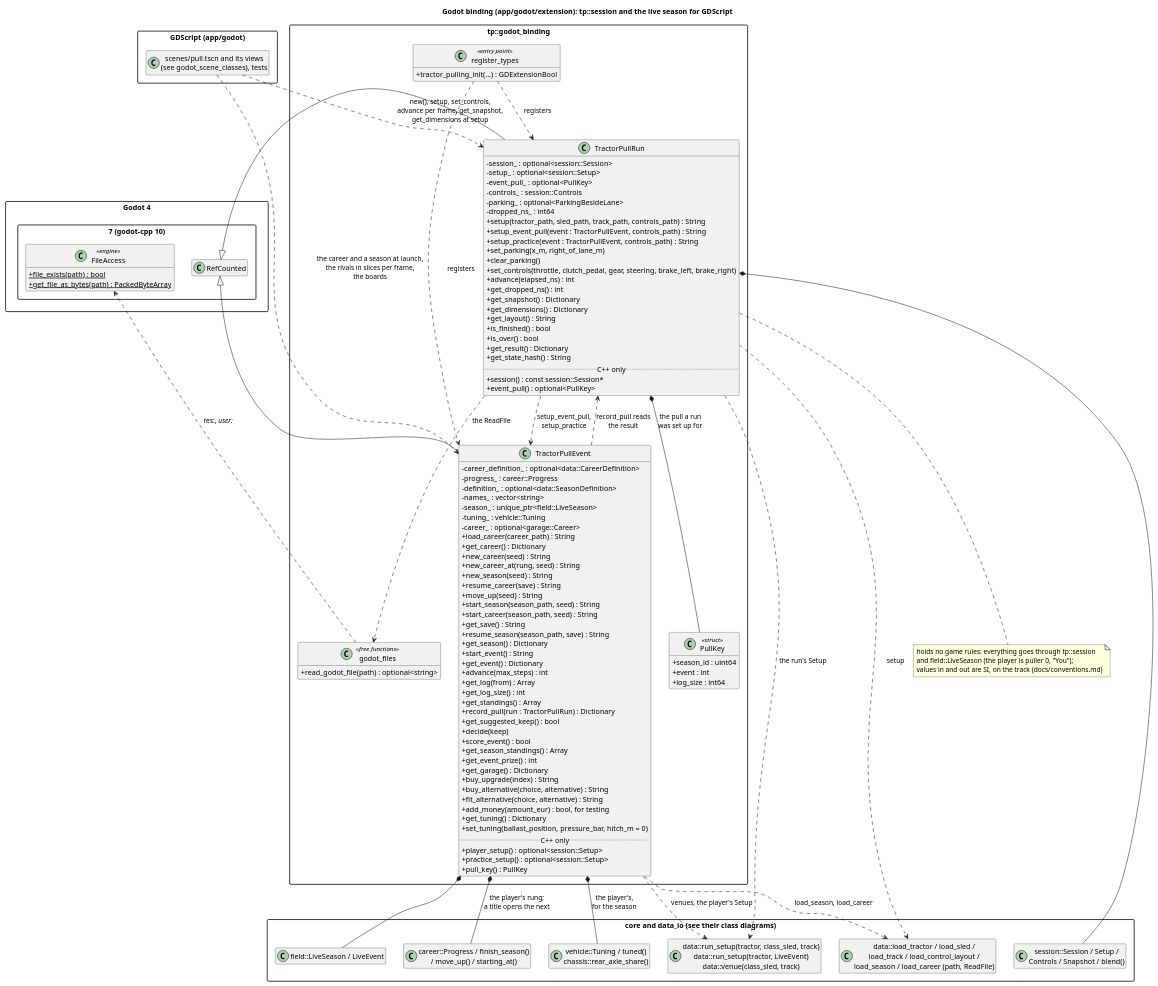
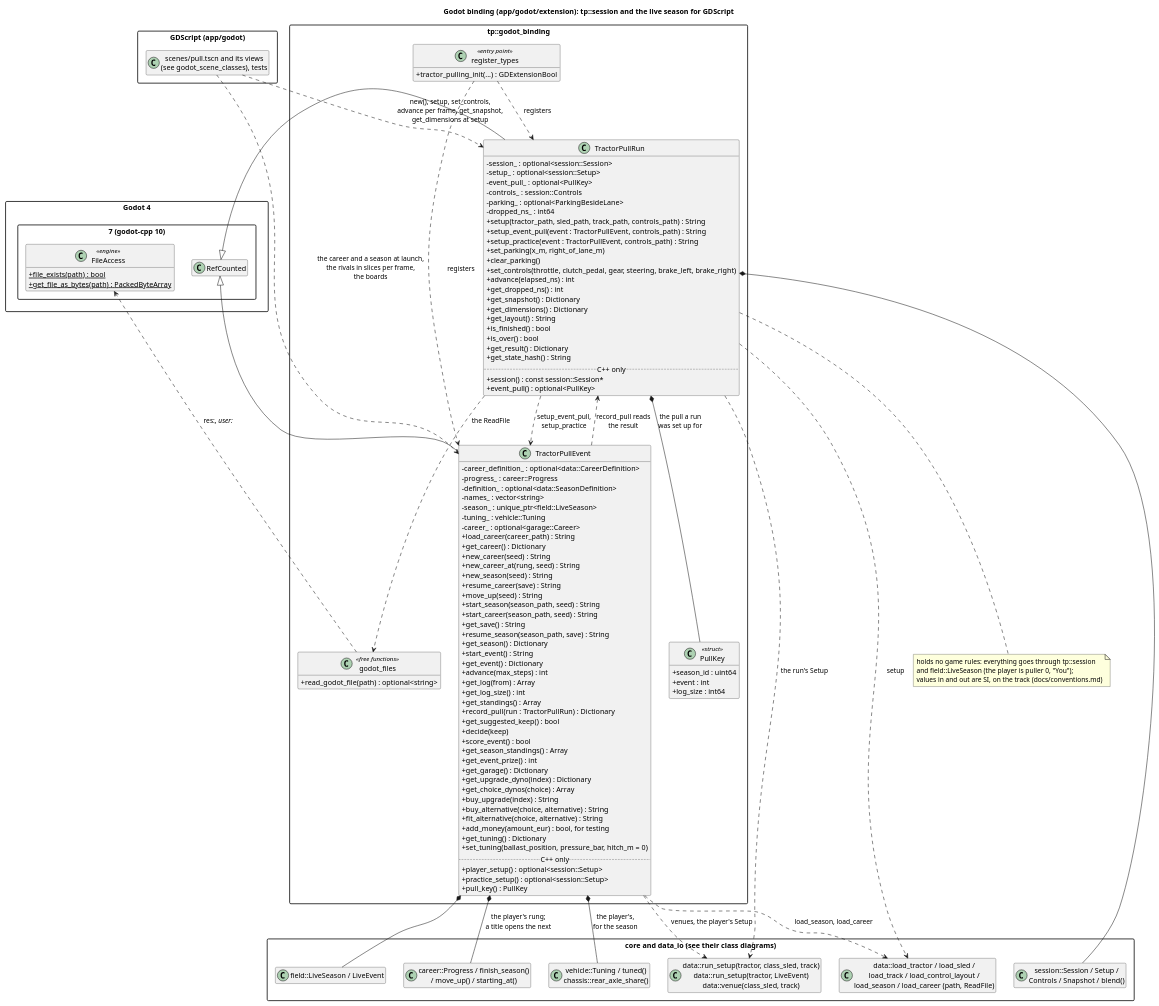
The diagram in docs/diagrams/godot_classes.puml (wversteeg/TractorPulling), drawn with PlantUML before and after one commit. The commit also changed 39 other files, not shown here.

```diff
--- a/docs/diagrams/godot_classes.puml
+++ b/docs/diagrams/godot_classes.puml
@@ -1,136 +1,138 @@
 @startuml godot_classes
 title Godot binding (app/godot/extension): tp::session and the live season for GDScript
 hide empty members
 skinparam packageStyle rectangle
 skinparam classAttributeIconSize 0
 
 package "Godot 4.7 (godot-cpp 10)" {
   class RefCounted
   class FileAccess <<engine>> {
     +{static} file_exists(path) : bool
     +{static} get_file_as_bytes(path) : PackedByteArray
   }
 }
 
 package "tp::godot_binding" {
   class TractorPullRun {
     -session_ : optional<session::Session>
     -setup_ : optional<session::Setup>
     -event_pull_ : optional<PullKey>
     -controls_ : session::Controls
     -parking_ : optional<ParkingBesideLane>
     -dropped_ns_ : int64
     +setup(tractor_path, sled_path, track_path, controls_path) : String
     +setup_event_pull(event : TractorPullEvent, controls_path) : String
     +setup_practice(event : TractorPullEvent, controls_path) : String
     +set_parking(x_m, right_of_lane_m)
     +clear_parking()
     +set_controls(throttle, clutch_pedal, gear, steering, brake_left, brake_right)
     +advance(elapsed_ns) : int
     +get_dropped_ns() : int
     +get_snapshot() : Dictionary
     +get_dimensions() : Dictionary
     +get_layout() : String
     +is_finished() : bool
     +is_over() : bool
     +get_result() : Dictionary
     +get_state_hash() : String
     ..C++ only..
     +session() : const session::Session*
     +event_pull() : optional<PullKey>
   }
   class TractorPullEvent {
     -career_definition_ : optional<data::CareerDefinition>
     -progress_ : career::Progress
     -definition_ : optional<data::SeasonDefinition>
     -names_ : vector<string>
     -season_ : unique_ptr<field::LiveSeason>
     -tuning_ : vehicle::Tuning
     -career_ : optional<garage::Career>
     +load_career(career_path) : String
     +get_career() : Dictionary
     +new_career(seed) : String
     +new_career_at(rung, seed) : String
     +new_season(seed) : String
     +resume_career(save) : String
     +move_up(seed) : String
     +start_season(season_path, seed) : String
     +start_career(season_path, seed) : String
     +get_save() : String
     +resume_season(season_path, save) : String
     +get_season() : Dictionary
     +start_event() : String
     +get_event() : Dictionary
     +advance(max_steps) : int
     +get_log(from) : Array
     +get_log_size() : int
     +get_standings() : Array
     +record_pull(run : TractorPullRun) : Dictionary
     +get_suggested_keep() : bool
     +decide(keep)
     +score_event() : bool
     +get_season_standings() : Array
     +get_event_prize() : int
     +get_garage() : Dictionary
+    +get_upgrade_dyno(index) : Dictionary
+    +get_choice_dynos(choice) : Array
     +buy_upgrade(index) : String
     +buy_alternative(choice, alternative) : String
     +fit_alternative(choice, alternative) : String
     +add_money(amount_eur) : bool, for testing
     +get_tuning() : Dictionary
     +set_tuning(ballast_position, pressure_bar, hitch_m = 0)
     ..C++ only..
     +player_setup() : optional<session::Setup>
     +practice_setup() : optional<session::Setup>
     +pull_key() : PullKey
   }
   class PullKey <<struct>> {
     +season_id : uint64
     +event : int
     +log_size : int64
   }
   TractorPullRun *-- PullKey : the pull a run\nwas set up for
   class "godot_files" as Files <<free functions>> {
     +read_godot_file(path) : optional<string>
   }
   class "register_types" as Register <<entry point>> {
     +tractor_pulling_init(...) : GDExtensionBool
   }
 }
 
 package "core and data_io (see their class diagrams)" {
   class "session::Session / Setup /\nControls / Snapshot / blend()" as Session
   class "data::load_tractor / load_sled /\nload_track / load_control_layout /\nload_season / load_career (path, ReadFile)" as Loaders
   class "data::run_setup(tractor, class_sled, track)\ndata::run_setup(tractor, LiveEvent)\ndata::venue(class_sled, track)" as RunSetup
   class "field::LiveSeason / LiveEvent" as Live
   class "career::Progress / finish_season()\n/ move_up() / starting_at()" as Career
   class "vehicle::Tuning / tuned()\nchassis::rear_axle_share()" as Tuning
 }
 
 package "GDScript (app/godot)" {
   class "scenes/pull.tscn and its views\n(see godot_scene_classes), tests" as Scripts
 }
 
 RefCounted <|-- TractorPullRun
 RefCounted <|-- TractorPullEvent
 Register ..> TractorPullRun : registers
 Register ..> TractorPullEvent : registers
 TractorPullEvent *-- Live
 TractorPullEvent *-- Tuning : the player's,\nfor the season
 TractorPullEvent ..> Loaders : load_season, load_career
 TractorPullEvent *-- Career : the player's rung;\na title opens the next
 TractorPullEvent ..> RunSetup : venues, the player's Setup
 TractorPullRun ..> TractorPullEvent : setup_event_pull,\nsetup_practice
 TractorPullEvent ..> TractorPullRun : record_pull reads\nthe result
 TractorPullRun *-- Session
 TractorPullRun ..> Loaders : setup
 TractorPullRun ..> RunSetup : the run's Setup
 TractorPullRun ..> Files : the ReadFile
 Files ..> FileAccess : res://, user://
 Scripts ..> TractorPullRun : new(), setup, set_controls,\nadvance per frame, get_snapshot,\nget_dimensions at setup
 Scripts ..> TractorPullEvent : the career and a season at launch,\nthe rivals in slices per frame,\nthe boards
 note bottom of TractorPullRun
   holds no game rules: everything goes through tp::session
   and field::LiveSeason (the player is puller 0, "You");
   values in and out are SI, on the track (docs/conventions.md)
 end note
 @enduml
```
